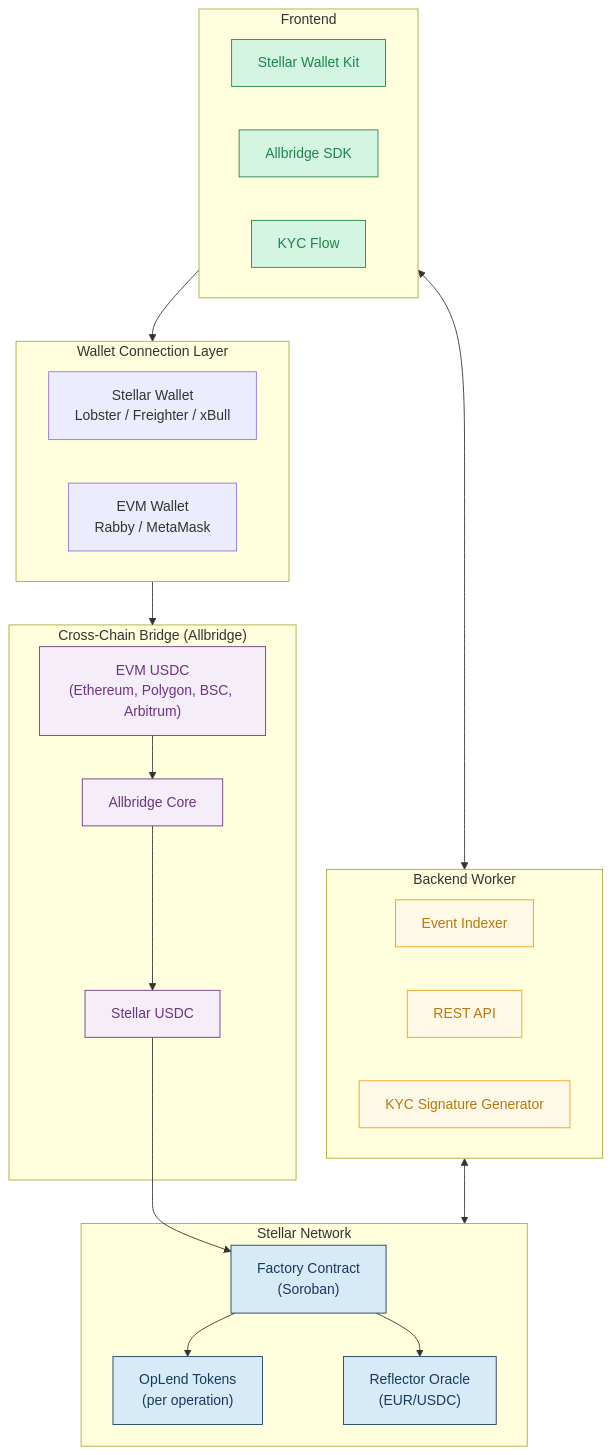
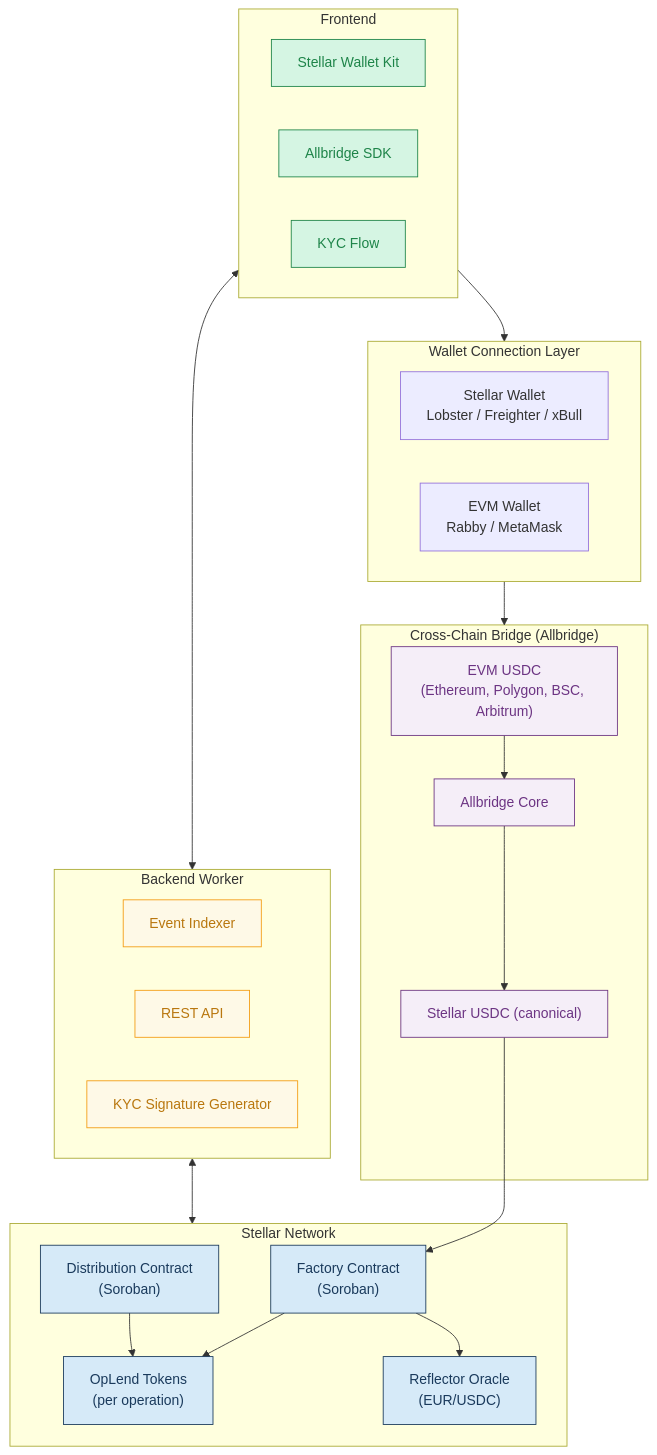
The first of 9 diagrams in 01-technical-architecture.md (Blazirus66/lend-stellar-stack-review), drawn with Mermaid before and after one commit. The commit also changed other lines of this file, not shown here.

First line of the commit message:
Integrate architecture review feedback — security, scalability, precision

````diff
--- a/01-technical-architecture.md
+++ b/01-technical-architecture.md
@@ -11,50 +11,52 @@
 ```mermaid
 graph TB
     subgraph Frontend["Frontend"]
         SWK["Stellar Wallet Kit"]
         ABS["Allbridge SDK"]
         KYC["KYC Flow"]
     end
 
     subgraph Worker["Backend Worker"]
         IDX["Event Indexer"]
         API["REST API"]
         SIG["KYC Signature Generator"]
     end
 
     subgraph Stellar["Stellar Network"]
         FC["Factory Contract<br/>(Soroban)"]
         OPL["OpLend Tokens<br/>(per operation)"]
         REF["Reflector Oracle<br/>(EUR/USDC)"]
+        DC["Distribution Contract<br/>(Soroban)"]
         FC --> OPL
         FC --> REF
+        DC --> OPL
     end
 
     subgraph Wallets["Wallet Connection Layer"]
         SW["Stellar Wallet<br/>Lobster / Freighter / xBull"]
         EW["EVM Wallet<br/>Rabby / MetaMask"]
     end
 
     subgraph Bridge["Cross-Chain Bridge (Allbridge)"]
         EVM["EVM USDC<br/>(Ethereum, Polygon, BSC, Arbitrum)"]
         ALB["Allbridge Core"]
-        SUSDC["Stellar USDC"]
+        SUSDC["Stellar USDC (canonical)"]
         EVM --> ALB --> SUSDC
     end
 
     Frontend <--> Worker
     Worker <--> Stellar
     Frontend --> Wallets
     Wallets --> Bridge
     SUSDC --> FC
 
     classDef stellar fill:#d6eaf8,stroke:#1a3a5c,color:#1a3a5c
     classDef frontend fill:#d5f5e3,stroke:#1e8449,color:#1e8449
     classDef worker fill:#fef9e7,stroke:#f39c12,color:#b9770e
     classDef bridge fill:#f5eef8,stroke:#6c3483,color:#6c3483
 
-    class FC,OPL,REF stellar
+    class FC,OPL,REF,DC stellar
     class SWK,ABS,KYC frontend
     class IDX,API,SIG worker
     class EVM,ALB,SUSDC bridge
 ```
````
